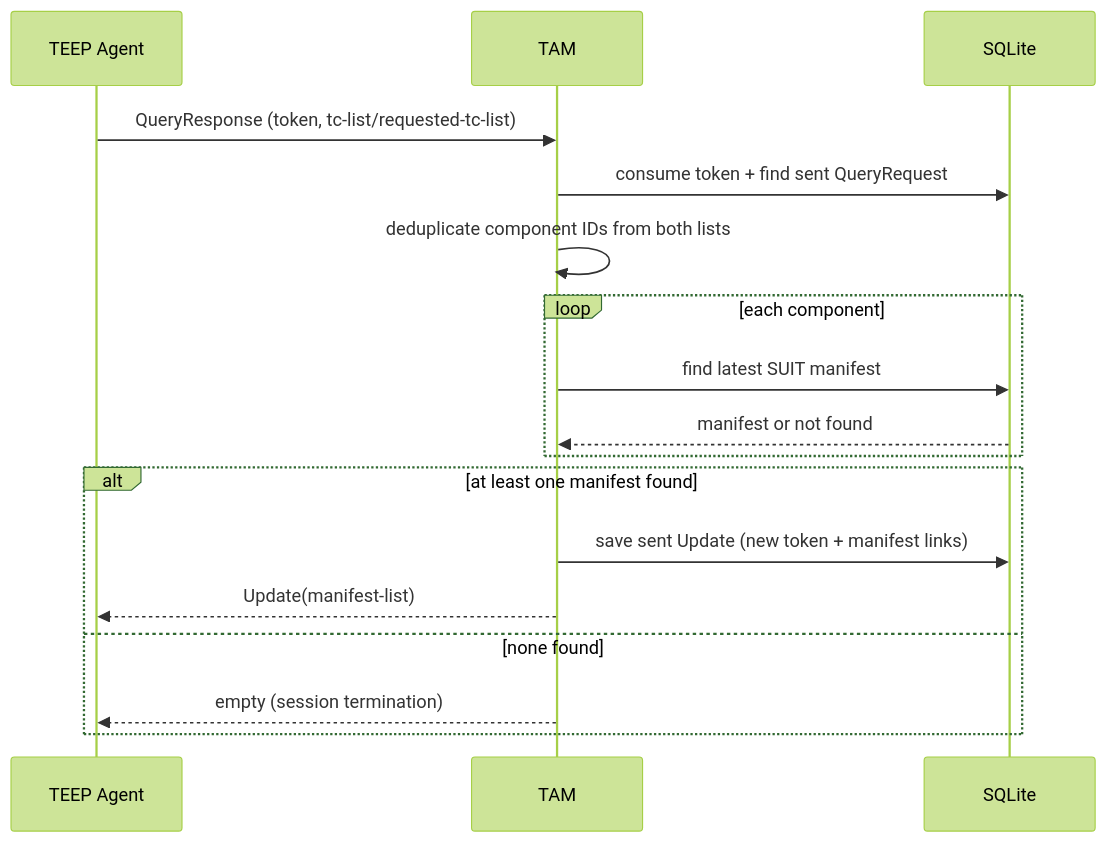
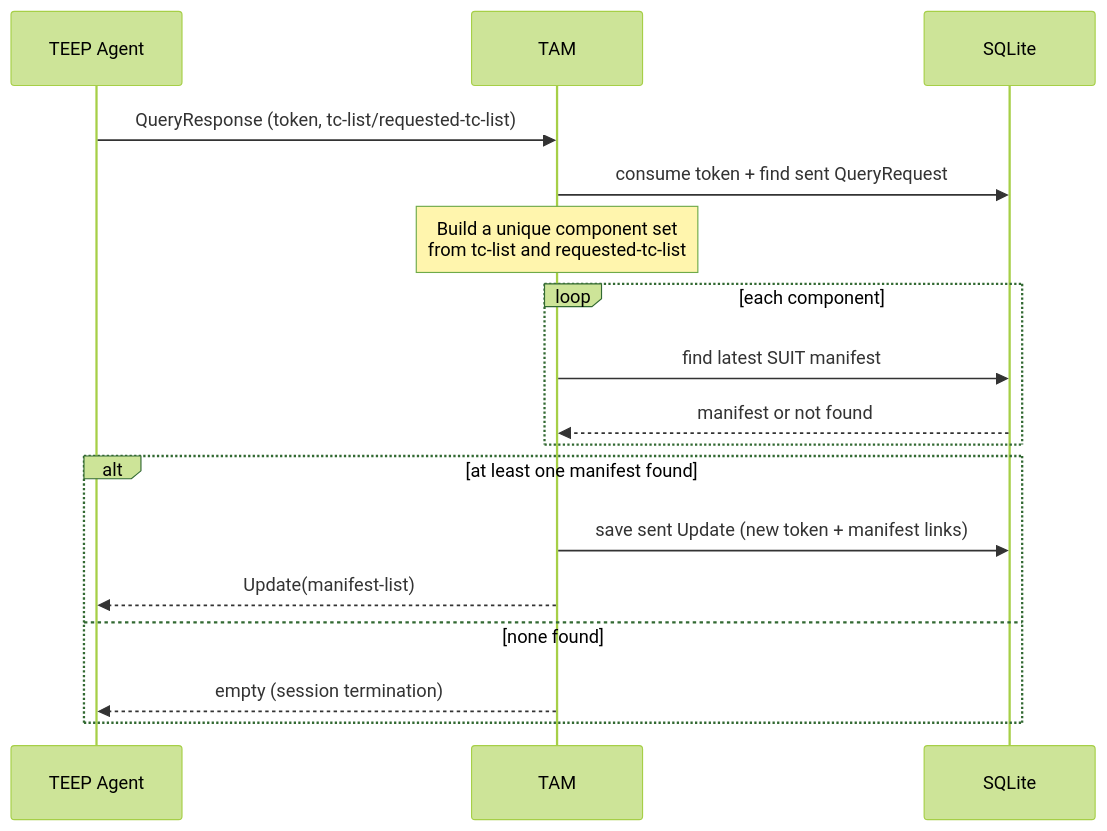
One commit to kentakayama/AttesTAM changed the ninth of 10 diagrams in doc/TEEP_MESSAGE_HANDLE.md. Above: the diagram before and after it, drawn with Mermaid (forest theme). The commit also changed other lines of this file and 4 other files, not shown here.

````diff
--- a/doc/TEEP_MESSAGE_HANDLE.md
+++ b/doc/TEEP_MESSAGE_HANDLE.md
@@ -116,20 +171,20 @@
 ```mermaid
 sequenceDiagram
     participant Agent as TEEP Agent
     participant TAM as TAM
     participant DB as SQLite
 
     Agent->>TAM: QueryResponse (token, tc-list/requested-tc-list)
     TAM->>DB: consume token + find sent QueryRequest
-    TAM->>TAM: deduplicate component IDs from both lists
+    note over TAM: Build a unique component set<br/>from tc-list and requested-tc-list
     loop each component
         TAM->>DB: find latest SUIT manifest
         DB-->>TAM: manifest or not found
     end
     alt at least one manifest found
         TAM->>DB: save sent Update (new token + manifest links)
         TAM-->>Agent: Update(manifest-list)
     else none found
         TAM-->>Agent: empty (session termination)
     end
 ```
````
